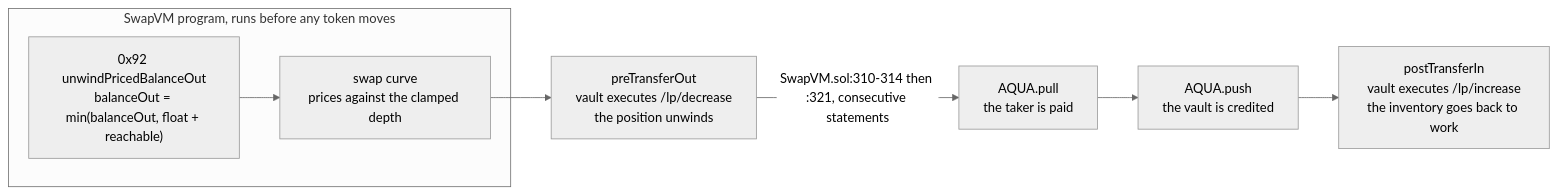
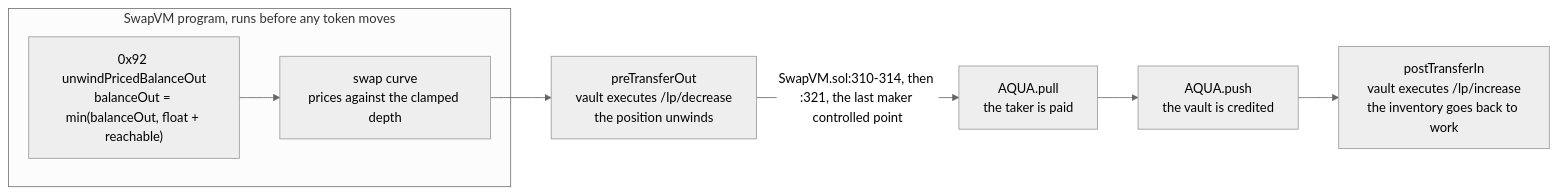
Before and after one commit to gamween/bebecita: the diagram in README.md, drawn with Mermaid (neutral theme). The commit also changed other lines of this file and 5 other files, not shown here.

````diff
--- a/README.md
+++ b/README.md
@@ -39,18 +39,18 @@
 ```mermaid
 flowchart LR
     subgraph VM["SwapVM program, runs before any token moves"]
         OP["0x92 unwindPricedBalanceOut<br/>balanceOut = min(balanceOut, float + reachable)"]
         CURVE["swap curve<br/>prices against the clamped depth"]
         OP --> CURVE
     end
 
     HOOK1["preTransferOut<br/>vault executes /lp/decrease<br/>the position unwinds"]
     PULL["AQUA.pull<br/>the taker is paid"]
     PUSH["AQUA.push<br/>the vault is credited"]
     HOOK2["postTransferIn<br/>vault executes /lp/increase<br/>the inventory goes back to work"]
 
     CURVE --> HOOK1
-    HOOK1 -->|"SwapVM.sol:310-314 then :321, consecutive statements"| PULL
+    HOOK1 -->|"SwapVM.sol:310-314, then :321, the last maker controlled point"| PULL
     PULL --> PUSH
     PUSH --> HOOK2
 ```
````
